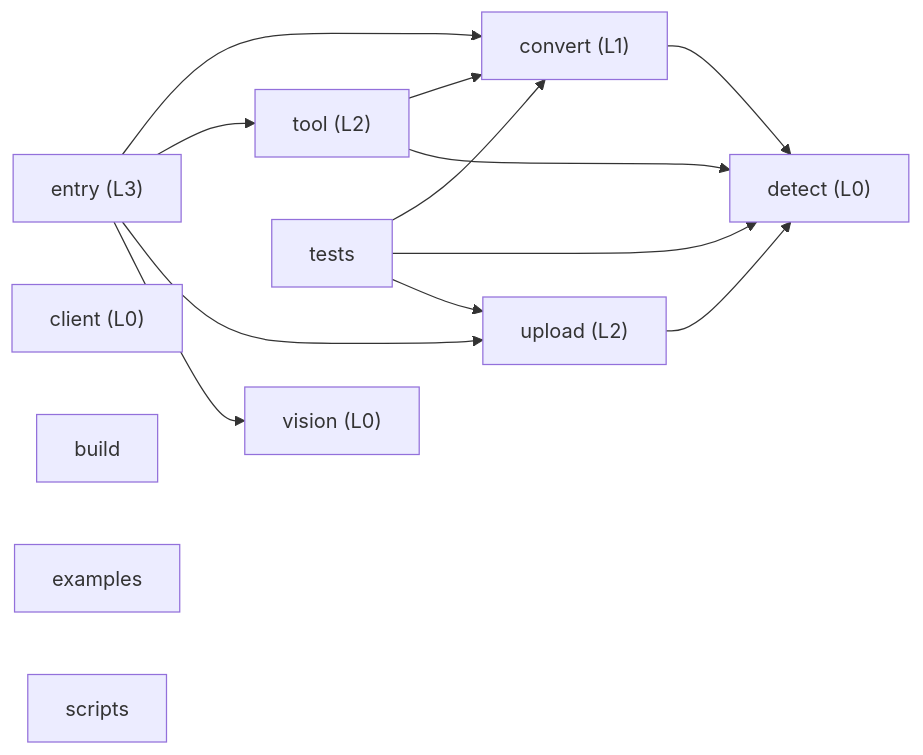
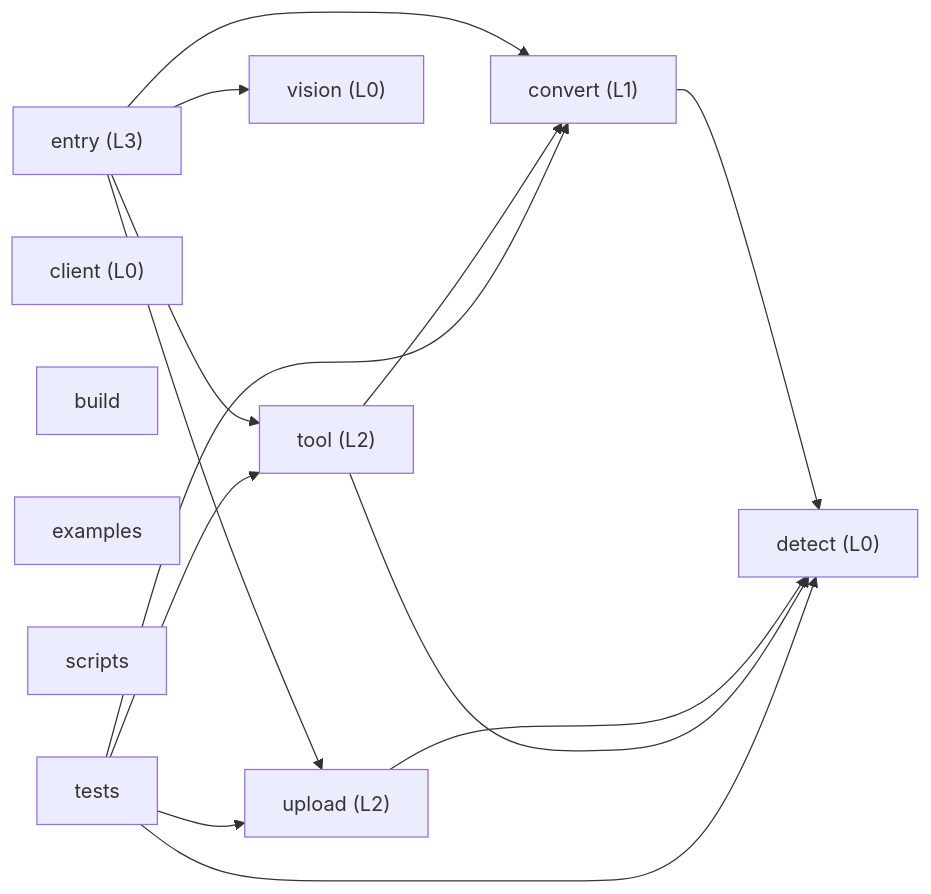
Before and after one commit to HongMing-Huang/dsh-file-upload: the diagram in ARCHITECTURE.md, drawn with Mermaid. The commit also changed other lines of this file and 6 other files, not shown here.

````diff
--- a/ARCHITECTURE.md
+++ b/ARCHITECTURE.md
@@ -77,25 +77,26 @@
 ```mermaid
 graph LR
   convert["convert (L1)"]
   upload["upload (L2)"]
   detect["detect (L0)"]
   vision["vision (L0)"]
   entry["entry (L3)"]
   tool["tool (L2)"]
   client["client (L0)"]
   build["build"]
   examples["examples"]
   scripts["scripts"]
   tests["tests"]
   convert --> detect
   upload --> detect
   entry --> convert
   entry --> tool
   entry --> upload
   entry --> vision
   tool --> convert
   tool --> detect
   tests --> convert
   tests --> detect
+  tests --> tool
   tests --> upload
 ```
````
